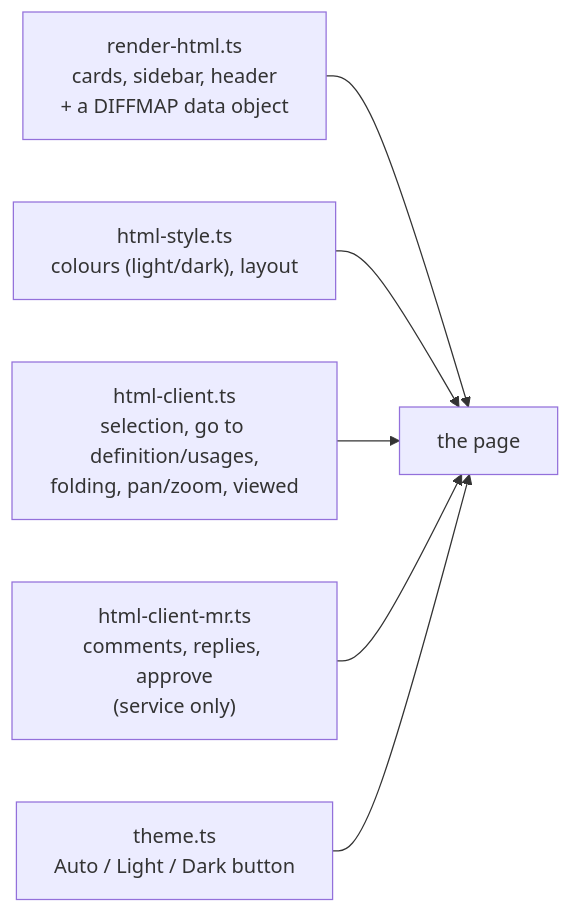
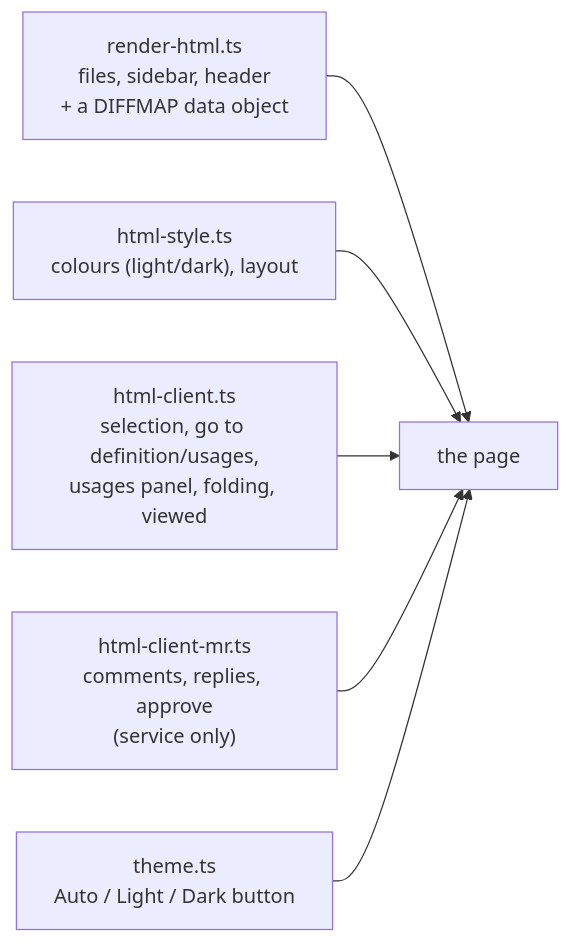
Before and after one commit to cyberfixer/diffmap: the sixth of 7 diagrams in ARCHITECTURE.md, drawn with Mermaid. The commit also changed other lines of this file and 1 other file, not shown here.

Commit message:
docs: describe the editor layout of the review page

````diff
--- a/ARCHITECTURE.md
+++ b/ARCHITECTURE.md
@@ -171,8 +171,8 @@
 ```mermaid
 flowchart LR
-  R["render-html.ts<br/>cards, sidebar, header<br/>+ a DIFFMAP data object"] --> P["the page"]
+  R["render-html.ts<br/>files, sidebar, header<br/>+ a DIFFMAP data object"] --> P["the page"]
   S["html-style.ts<br/>colours (light/dark), layout"] --> P
-  C["html-client.ts<br/>selection, go to definition/usages,<br/>folding, pan/zoom, viewed"] --> P
+  C["html-client.ts<br/>selection, go to definition/usages,<br/>usages panel, folding, viewed"] --> P
   M["html-client-mr.ts<br/>comments, replies, approve<br/>(service only)"] --> P
   T["theme.ts<br/>Auto / Light / Dark button"] --> P
 ```
````
